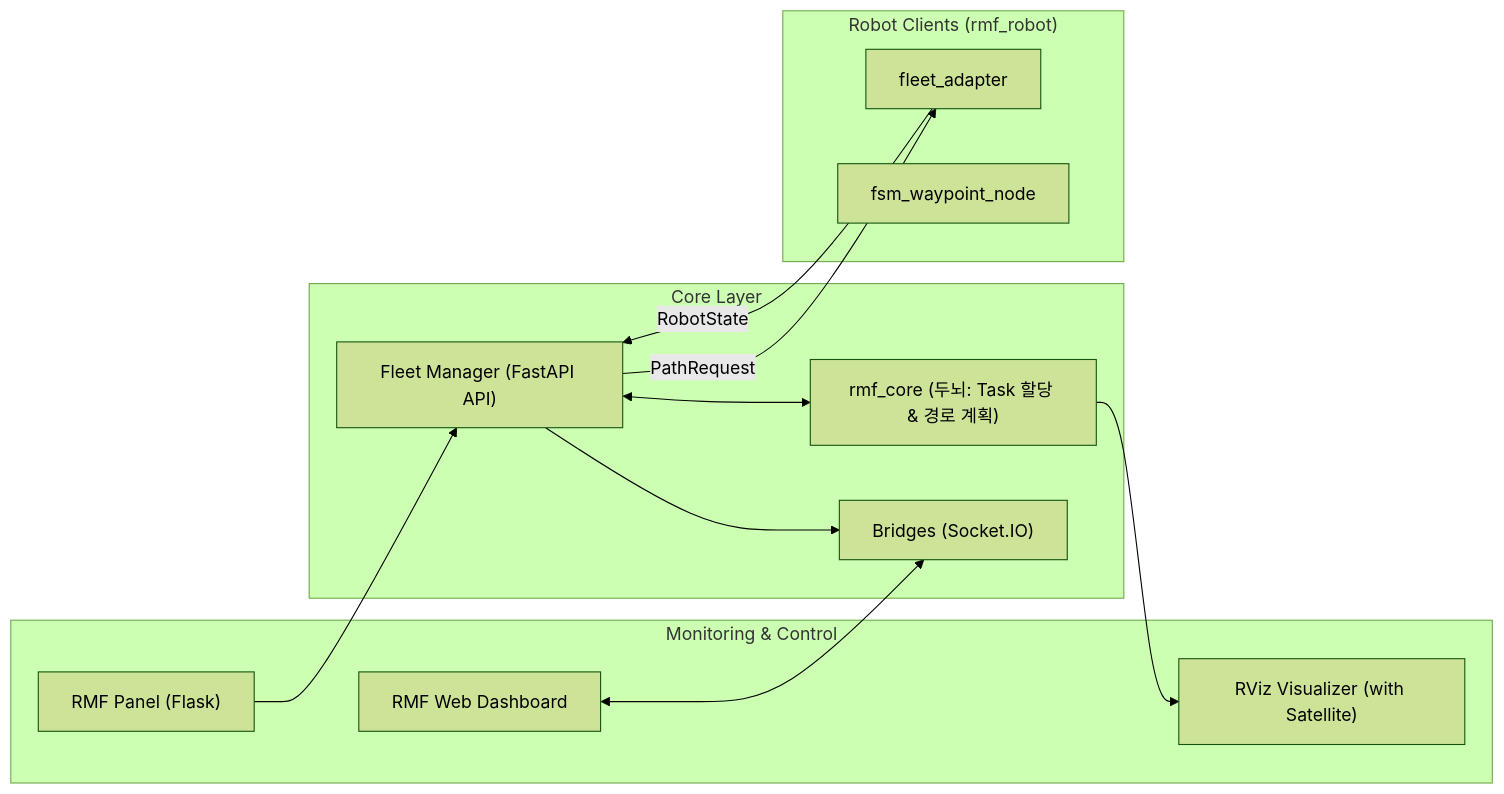
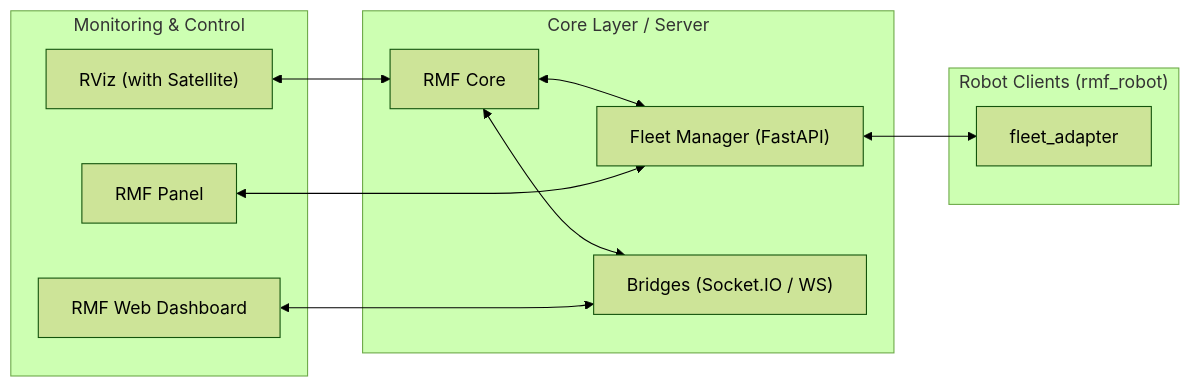
Before and after one commit to DeveloperKSH/Open-RMF_Server: the diagram in README.md, drawn with Mermaid (forest theme).

Commit message:
md file update

````diff
--- a/README.md
+++ b/README.md
@@ -49,32 +49,33 @@
 ```mermaid
 flowchart LR
-  subgraph CoreLayer["Core Layer"]
-    Core["rmf_core (두뇌: Task 할당 & 경로 계획)"]
-    FleetManager["Fleet Manager (FastAPI API)"]
-    Bridges["Bridges (Socket.IO)"]
+  %% ----- Core Layer -----
+  subgraph CoreLayer["Core Layer / Server"]
+    Core["RMF Core"]
+    FM["Fleet Manager (FastAPI)"]
+    Bridge["Bridges (Socket.IO / WS)"]
   end
 
-  subgraph Monitoring["Monitoring & Control"]
-    Dashboard["RMF Web Dashboard"]
-    RViz["RViz Visualizer (with Satellite)"]
-    Panel["RMF Panel (Flask)"]
+  %% ----- Monitoring -----
+  subgraph Mon["Monitoring & Control"]
+    Dash["RMF Web Dashboard"]
+    Panel["RMF Panel"]
+    RViz["RViz (with Satellite)"]
   end
 
-  subgraph RobotSide["Robot Clients (rmf_robot)"]
+  %% ----- Clients -----
+  subgraph Clients["Robot Clients (rmf_robot)"]
     Adapter["fleet_adapter"]
-    FSM["fsm_waypoint_node"]
   end
 
-  %% 서버 <-> 로봇
-  FleetManager -- "PathRequest" --> Adapter
-  Adapter -- "RobotState" --> FleetManager
+  %% Server internals
+  Core <--> FM
+  Core <--> Bridge
 
-  %% 서버 내부
-  FleetManager <--> Core
-  FleetManager --> Bridges
+  %% Monitoring
+  Dash <--> Bridge
+  Panel <--> FM
+  RViz <--> Core
 
-  %% 모니터링
-  Dashboard <--> Bridges
-  Panel --> FleetManager
-  Core --> RViz
+  %% Server ↔ Robot
+  FM <--> Adapter
   ```
````
